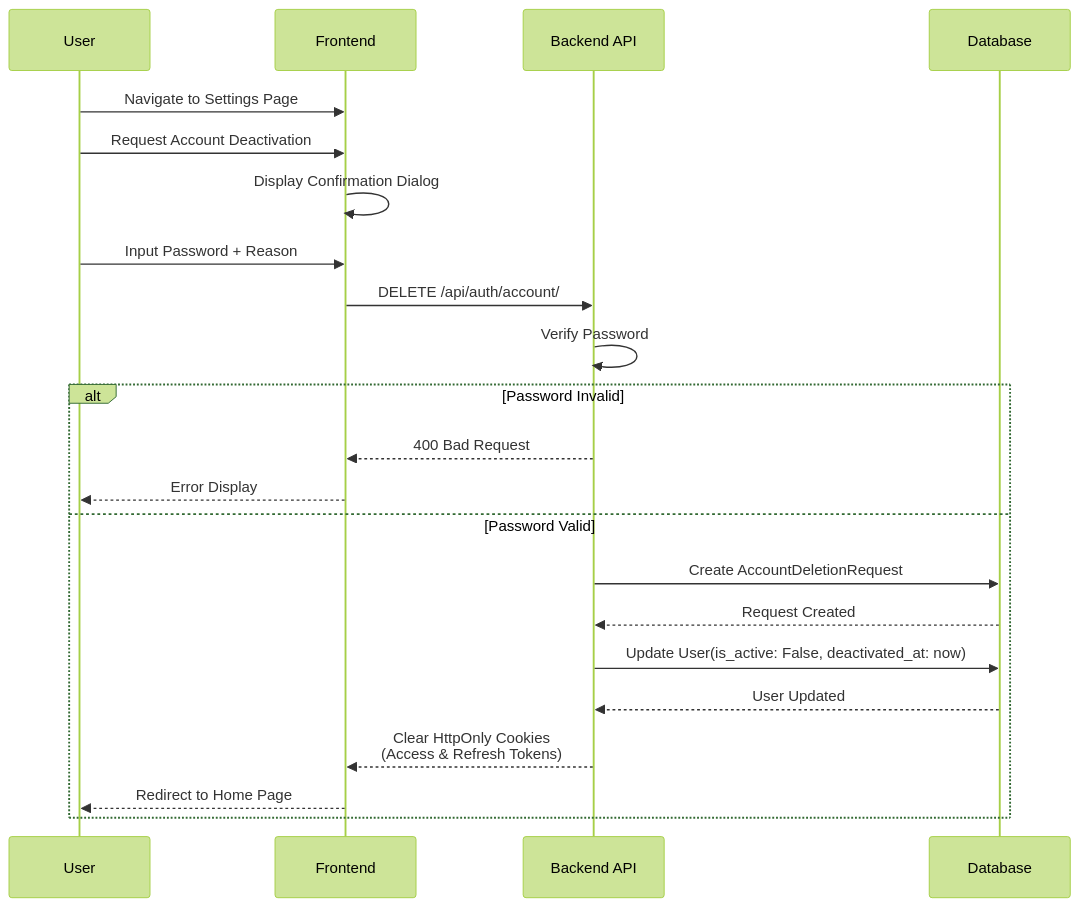
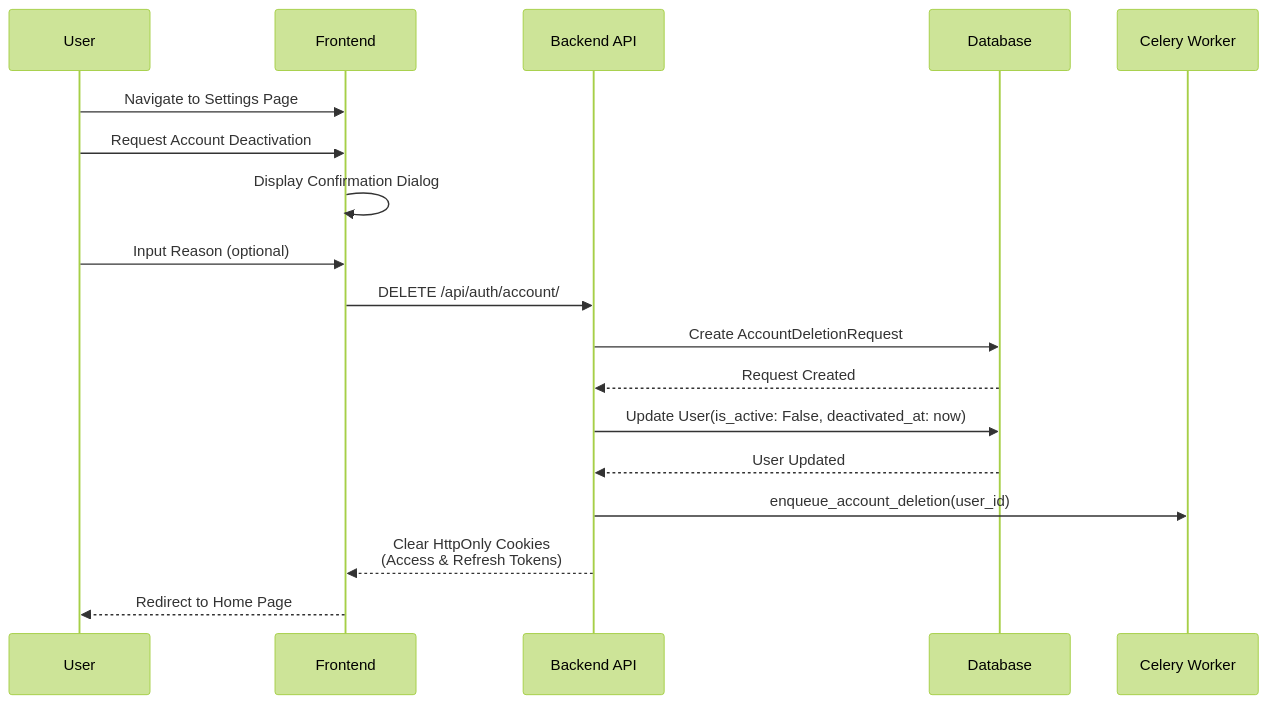
Before and after one commit to yukiharada1228/videoq: the eighth of 11 diagrams in docs/design/sequence-diagram.md, drawn with Mermaid (forest theme). The commit also changed other lines of this file and 9 other files, not shown here.

Commit message:
docs: sync diagrams with current implementation

````diff
--- a/docs/design/sequence-diagram.md
+++ b/docs/design/sequence-diagram.md
@@ -299,25 +299,21 @@
 ```mermaid
 sequenceDiagram
     participant User as User
     participant Frontend as Frontend
     participant Backend as Backend API
     participant DB as Database
+    participant Celery as Celery Worker
 
     User->>Frontend: Navigate to Settings Page
     User->>Frontend: Request Account Deactivation
     Frontend->>Frontend: Display Confirmation Dialog
-    User->>Frontend: Input Password + Reason
+    User->>Frontend: Input Reason (optional)
     Frontend->>Backend: DELETE /api/auth/account/
-    Backend->>Backend: Verify Password
-    alt Password Invalid
-        Backend-->>Frontend: 400 Bad Request
-        Frontend-->>User: Error Display
-    else Password Valid
-        Backend->>DB: Create AccountDeletionRequest
-        DB-->>Backend: Request Created
-        Backend->>DB: Update User(is_active: False, deactivated_at: now)
-        DB-->>Backend: User Updated
-        Backend-->>Frontend: Clear HttpOnly Cookies<br/>(Access & Refresh Tokens)
-        Frontend-->>User: Redirect to Home Page
-    end
+    Backend->>DB: Create AccountDeletionRequest
+    DB-->>Backend: Request Created
+    Backend->>DB: Update User(is_active: False, deactivated_at: now)
+    DB-->>Backend: User Updated
+    Backend->>Celery: enqueue_account_deletion(user_id)
+    Backend-->>Frontend: Clear HttpOnly Cookies<br/>(Access & Refresh Tokens)
+    Frontend-->>User: Redirect to Home Page
 ```
````
